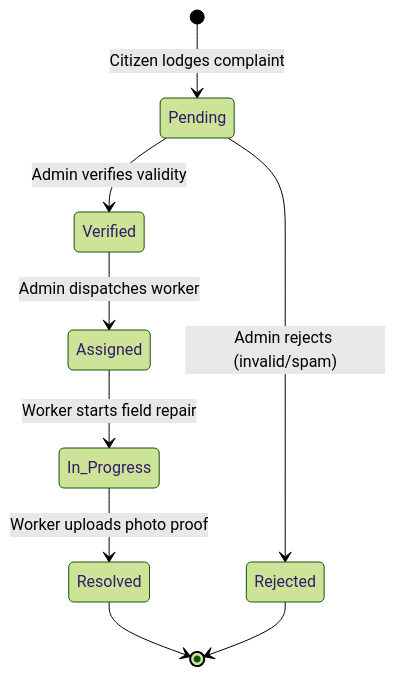
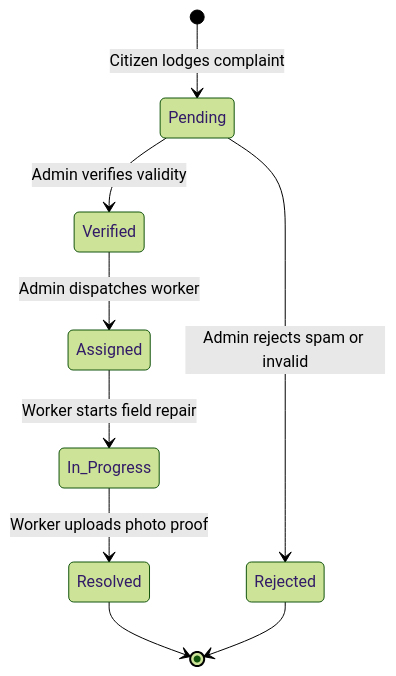
One commit to Sagarsen2001/CivicPulse changed the second of 2 diagrams in README.md. Above: the diagram before and after it, drawn with Mermaid (forest theme). The commit also changed other lines of this file and 2 other files, not shown here.

````diff
--- a/README.md
+++ b/README.md
@@ -73,11 +121,11 @@
 ```mermaid
 stateDiagram-v2
     [*] --> Pending : Citizen lodges complaint
     Pending --> Verified : Admin verifies validity
-    Pending --> Rejected : Admin rejects (invalid/spam)
+    Pending --> Rejected : Admin rejects spam or invalid
     Verified --> Assigned : Admin dispatches worker
     Assigned --> In_Progress : Worker starts field repair
     In_Progress --> Resolved : Worker uploads photo proof
     Resolved --> [*]
     Rejected --> [*]
 ```
````
